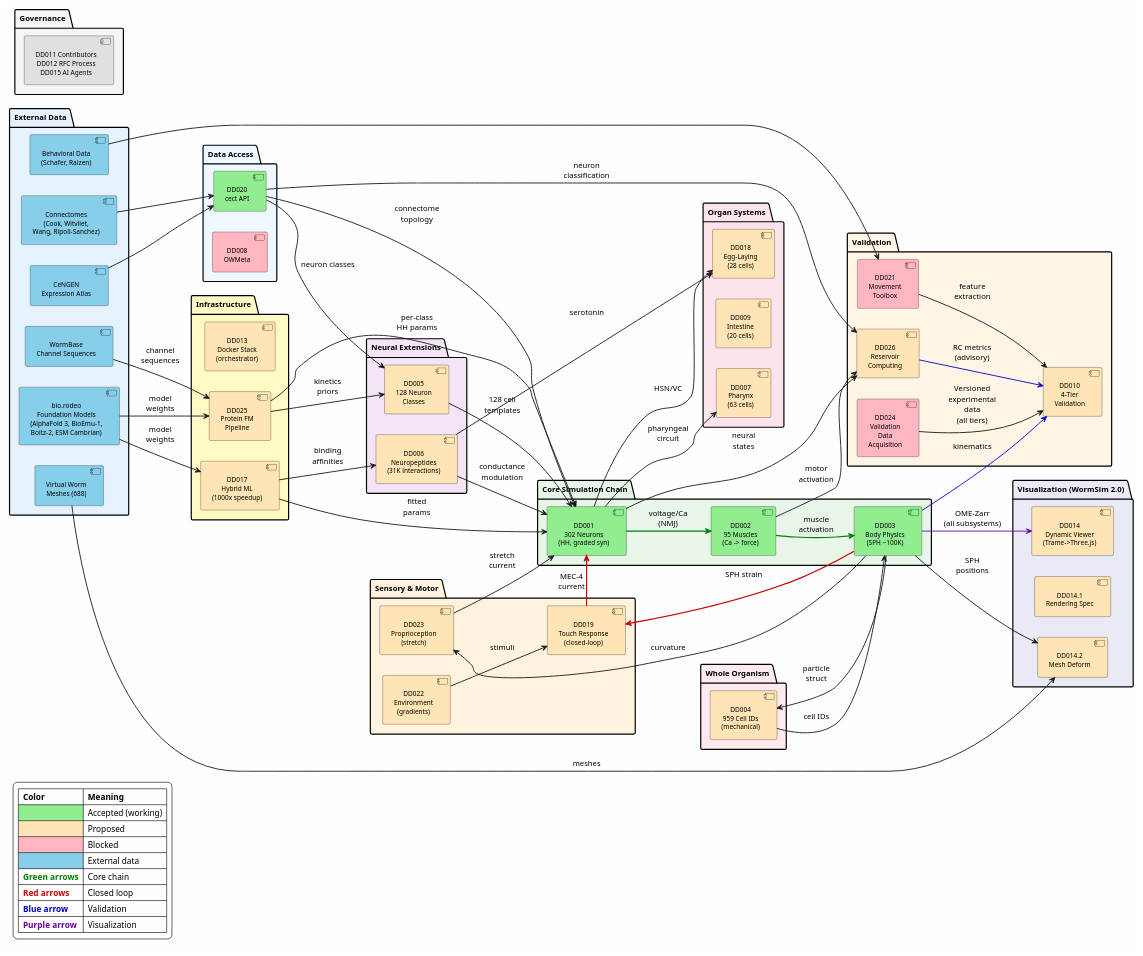
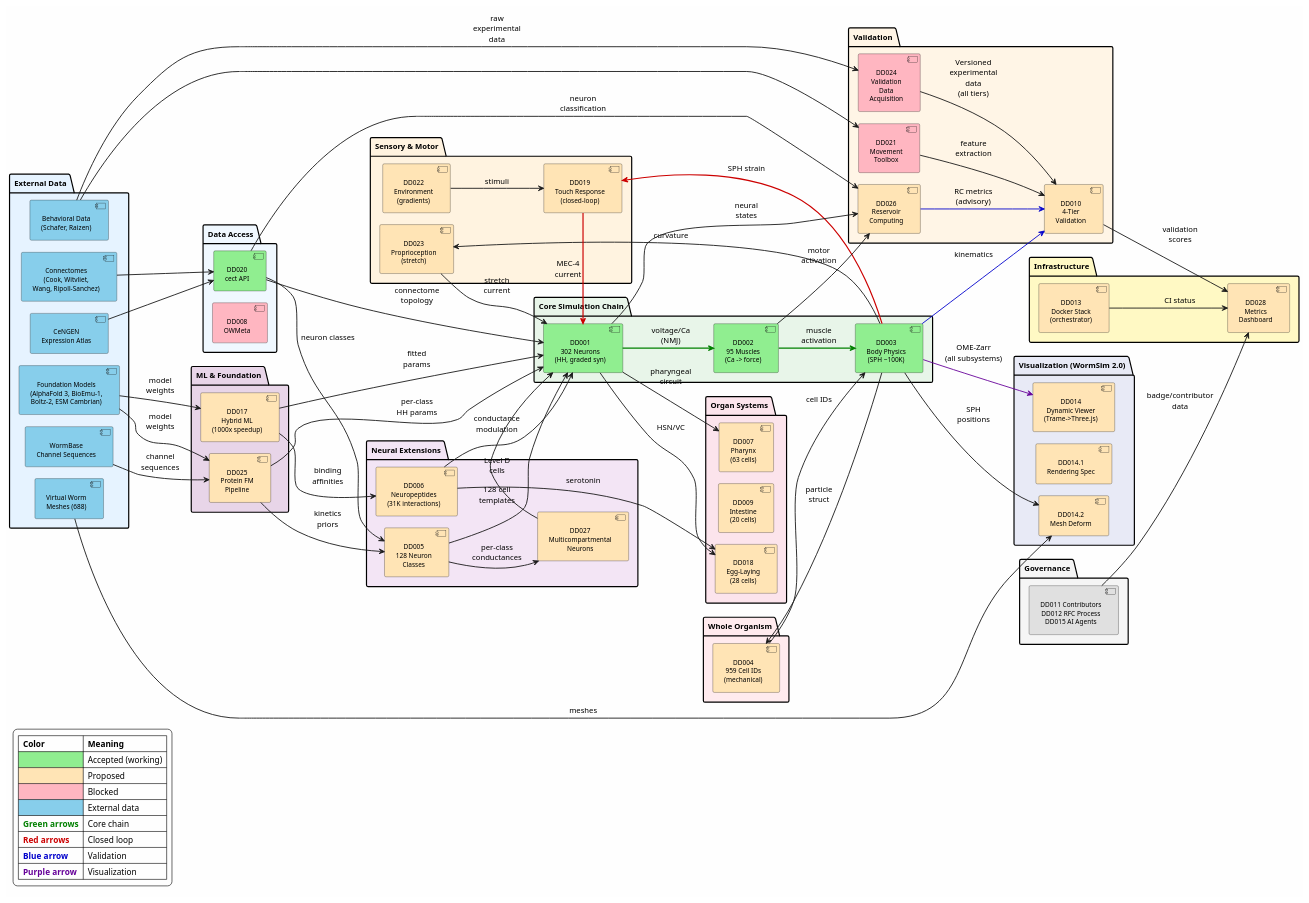
Before and after one commit to openworm/openworm_docs: the diagram in docs/design_documents/INTEGRATION_MAP.md, drawn with PlantUML. The commit also changed other lines of this file and 4 other files, not shown here.

```diff
--- a/docs/design_documents/INTEGRATION_MAP.md
+++ b/docs/design_documents/INTEGRATION_MAP.md
@@ -57,15 +57,17 @@
 skinparam ComponentFontSize 11
 skinparam NoteFontSize 10
 skinparam Padding 4
+skinparam nodesep 20
+skinparam ranksep 40
 left to right direction
 
-' === EXTERNAL DATA ===
+' === EXTERNAL DATA (leftmost) ===
 package "External Data" as extdata #E6F3FF {
   component "Connectomes\n(Cook, Witvliet,\nWang, Ripoll-Sanchez)" as ext_conn #87CEEB
   component "CeNGEN\nExpression Atlas" as ext_cen #87CEEB
   component "Behavioral Data\n(Schafer, Raizen)" as ext_beh #87CEEB
   component "Virtual Worm\nMeshes (688)" as ext_vw #87CEEB
-  component "bio.rodeo\nFoundation Models\n(AlphaFold 3, BioEmu-1,\nBoltz-2, ESM Cambrian)" as ext_bio #87CEEB
+  component "Foundation Models\n(AlphaFold 3, BioEmu-1,\nBoltz-2, ESM Cambrian)" as ext_bio #87CEEB
   component "WormBase\nChannel Sequences" as ext_wb #87CEEB
 }
 
@@ -75,6 +77,19 @@
   component "DD008\nOWMeta" as DD008 #FFB6C1
 }
 
+' === ML & FOUNDATION (feeds into Neural Extensions and Core) ===
+package "ML & Foundation" as mlbox #E8D5E8 {
+  component "DD025\nProtein FM\nPipeline" as DD025 #FFE4B5
+  component "DD017\nHybrid ML\n(1000x speedup)" as DD017 #FFE4B5
+}
+
+' === NEURAL EXTENSIONS (feeds into Core) ===
+package "Neural Extensions" as neurext #F3E5F5 {
+  component "DD005\n128 Neuron\nClasses" as DD005 #FFE4B5
+  component "DD006\nNeuropeptides\n(31K interactions)" as DD006 #FFE4B5
+  component "DD027\nMulticompartmental\nNeurons" as DD027 #FFE4B5
+}
+
 ' === CORE CHAIN (the spine) ===
 package "Core Simulation Chain" as core #E8F5E9 {
   component "DD001\n302 Neurons\n(HH, graded syn)" as DD001 #90EE90
@@ -82,12 +97,7 @@
   component "DD003\nBody Physics\n(SPH ~100K)" as DD003 #90EE90
 }
 
-' === EXTENSIONS ===
-package "Neural Extensions" as neurext #F3E5F5 {
-  component "DD005\n128 Neuron\nClasses" as DD005 #FFE4B5
-  component "DD006\nNeuropeptides\n(31K interactions)" as DD006 #FFE4B5
-}
-
+' === SENSORY & MOTOR ===
 package "Sensory & Motor" as sensory #FFF3E0 {
   component "DD019\nTouch Response\n(closed-loop)" as DD019 #FFE4B5
   component "DD022\nEnvironment\n(gradients)" as DD022 #FFE4B5
@@ -106,13 +116,6 @@
   component "DD004\n959 Cell IDs\n(mechanical)" as DD004 #FFE4B5
 }
 
-' === INFRASTRUCTURE ===
-package "Infrastructure" as infra #FFF9C4 {
-  component "DD013\nDocker Stack\n(orchestrator)" as DD013 #FFE4B5
-  component "DD017\nHybrid ML\n(1000x speedup)" as DD017 #FFE4B5
-  component "DD025\nProtein FM\nPipeline" as DD025 #FFE4B5
-}
-
 ' === VALIDATION ===
 package "Validation" as valbox #FFF5E6 {
   component "DD010\n4-Tier\nValidation" as DD010 #FFE4B5
@@ -128,38 +131,62 @@
   component "DD014.2\nMesh Deform" as DD0142 #FFE4B5
 }
 
+' === INFRASTRUCTURE ===
+package "Infrastructure" as infra #FFF9C4 {
+  component "DD013\nDocker Stack\n(orchestrator)" as DD013 #FFE4B5
+  component "DD028\nMetrics\nDashboard" as DD028 #FFE4B5
+}
+
 ' === GOVERNANCE ===
 package "Governance" as gov #F5F5F5 {
   component "DD011 Contributors\nDD012 RFC Process\nDD015 AI Agents" as GOV #E0E0E0
 }
 
-' === EDGES: Major data flows only ===
+' === EDGES ===
 
 ' External -> Data Access
 ext_conn --> DD020
 ext_cen --> DD020
+ext_beh --> DD024 : raw\nexperimental\ndata
 ext_beh --> DD021
 
-' Data Access -> Core
+' External -> ML & Foundation
+ext_bio --> DD025 : model\nweights
+ext_bio --> DD017 : model\nweights
+ext_wb --> DD025 : channel\nsequences
+
+' Data Access -> Core / Neural Extensions
 DD020 --> DD001 : connectome\ntopology
 DD020 --> DD005 : neuron classes
+
+' ML -> Neural Extensions / Core (FORWARD in this layout)
+DD025 --> DD005 : kinetics\npriors
+DD025 --> DD001 : per-class\nHH params
+DD017 --> DD001 : fitted\nparams
+DD017 --> DD006 : binding\naffinities
+
+' Neural Extensions -> Core (FORWARD in this layout)
+DD005 --> DD001 : 128 cell\ntemplates
+DD006 --> DD001 : conductance\nmodulation
+
+' DD027 Multicompartmental (refines DD001 neurons)
+DD005 --> DD027 : per-class\nconductances
+DD027 --> DD001 : Level D\ncells
 
 ' Core chain (THE SPINE)
 DD001 -[#008000,bold]-> DD002 : voltage/Ca\n(NMJ)
 DD002 -[#008000,bold]-> DD003 : muscle\nactivation
 
-' Neural extensions <-> Core
-DD005 --> DD001 : 128 cell\ntemplates
-DD006 --> DD001 : conductance\nmodulation
-
-' Sensory <-> Core (CLOSED LOOP)
+' Core -> Sensory & Motor
 DD003 -[#CC0000,bold]-> DD019 : SPH strain
-DD019 -[#CC0000,bold]-> DD001 : MEC-4\ncurrent
 DD022 --> DD019 : stimuli
 DD003 --> DD023 : curvature
+
+' Sensory feedback -> Core (BACKWARD — only 2 remaining)
+DD019 -[#CC0000,bold]-> DD001 : MEC-4\ncurrent
 DD023 --> DD001 : stretch\ncurrent
 
-' Organs <- Core
+' Core -> Organs
 DD001 --> DD007 : pharyngeal\ncircuit
 DD001 --> DD018 : HSN/VC
 DD006 --> DD018 : serotonin
@@ -184,14 +211,13 @@
 DD020 --> DD026 : neuron\nclassification
 DD026 -[#0000CC]-> DD010 : RC metrics\n(advisory)
 
-' ML & Foundation Models
-ext_bio --> DD025 : model\nweights
-ext_bio --> DD017 : model\nweights
-ext_wb --> DD025 : channel\nsequences
-DD025 --> DD005 : kinetics\npriors
-DD025 --> DD001 : per-class\nHH params
-DD017 --> DD001 : fitted\nparams
-DD017 --> DD006 : binding\naffinities
+' Dashboard (read-only consumer)
+DD013 --> DD028 : CI status
+DD010 --> DD028 : validation\nscores
+GOV --> DD028 : badge/contributor\ndata
+
+' Hidden edge for layout: position Infrastructure near right side
+DD003 -[hidden]-> DD013
 
 legend bottom left
   |= Color |= Meaning |
```
